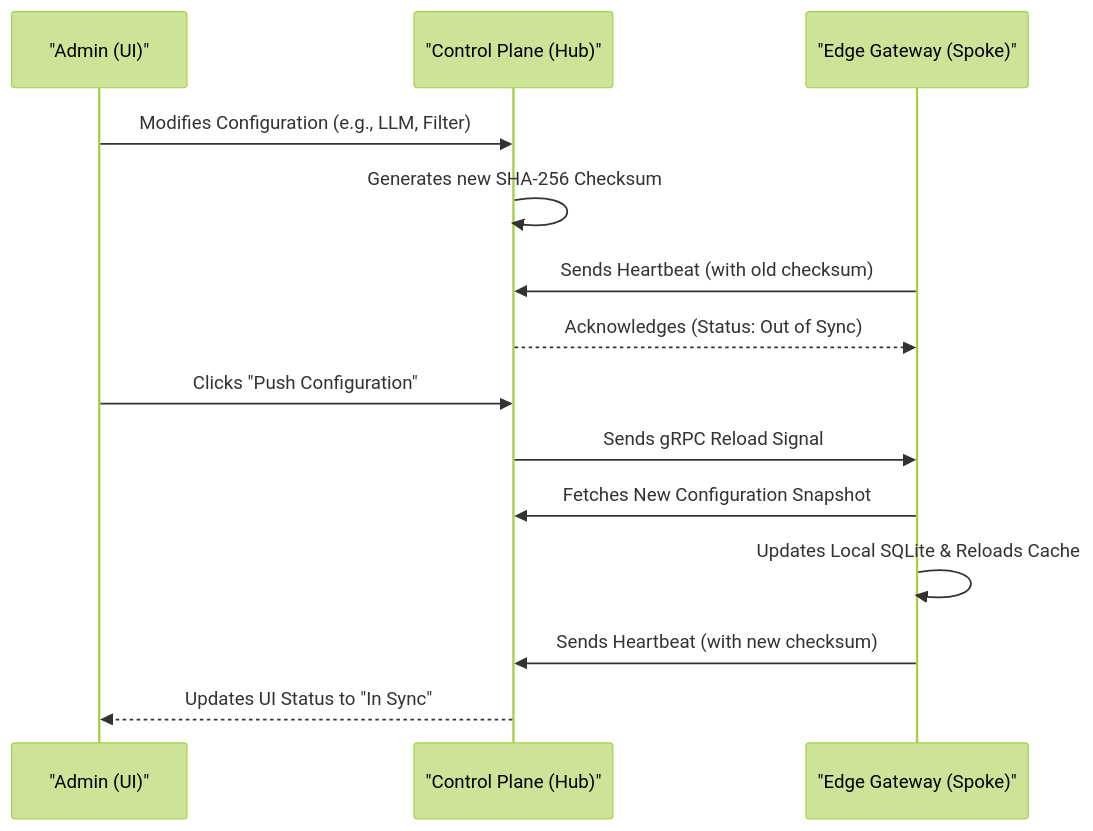
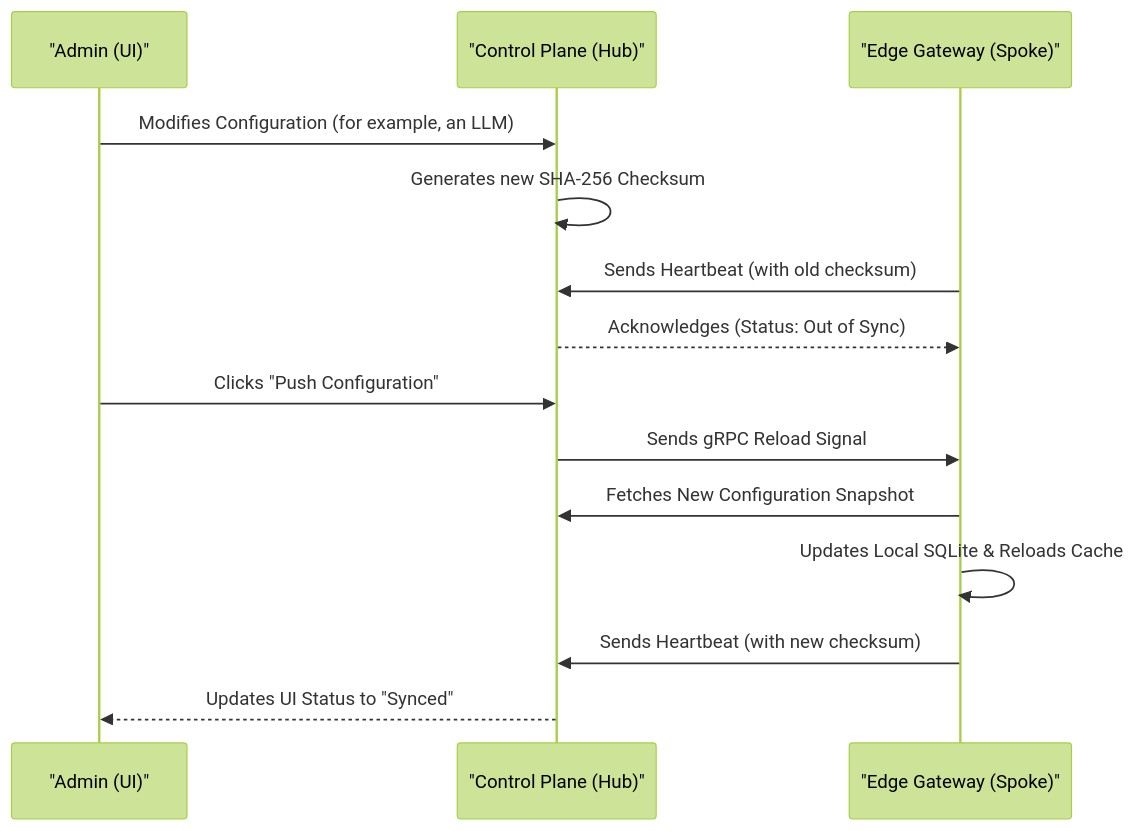
One commit to TykTechnologies/tyk-docs changed the diagram in ai-management/ai-studio/manage-edge-gateway.mdx. Above: the diagram before and after it, drawn with Mermaid (forest theme). The commit also changed other lines of this file and 6 other files, not shown here.

````diff
--- a/ai-management/ai-studio/manage-edge-gateway.mdx
+++ b/ai-management/ai-studio/manage-edge-gateway.mdx
@@ -26,17 +24,17 @@
 ```mermaid
 sequenceDiagram
     participant Admin as "Admin (UI)"
     participant CP as "Control Plane (Hub)"
     participant Edge as "Edge Gateway (Spoke)"
 
-    Admin->>CP: Modifies Configuration (e.g., LLM, Filter)
+    Admin->>CP: Modifies Configuration (for example, an LLM)
     CP->>CP: Generates new SHA-256 Checksum
     Edge->>CP: Sends Heartbeat (with old checksum)
     CP-->>Edge: Acknowledges (Status: Out of Sync)
     Admin->>CP: Clicks "Push Configuration"
     CP->>Edge: Sends gRPC Reload Signal
     Edge->>CP: Fetches New Configuration Snapshot
     Edge->>Edge: Updates Local SQLite & Reloads Cache
     Edge->>CP: Sends Heartbeat (with new checksum)
-    CP-->>Admin: Updates UI Status to "In Sync"
+    CP-->>Admin: Updates UI Status to "Synced"
 ```
````
